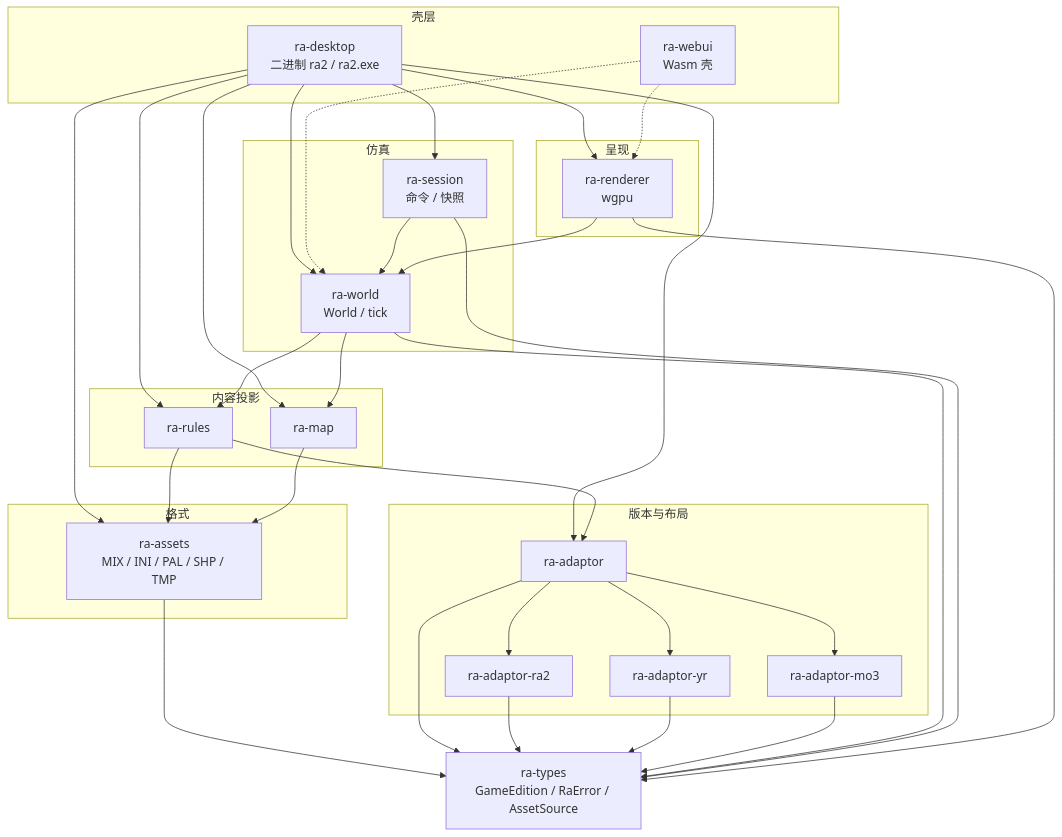
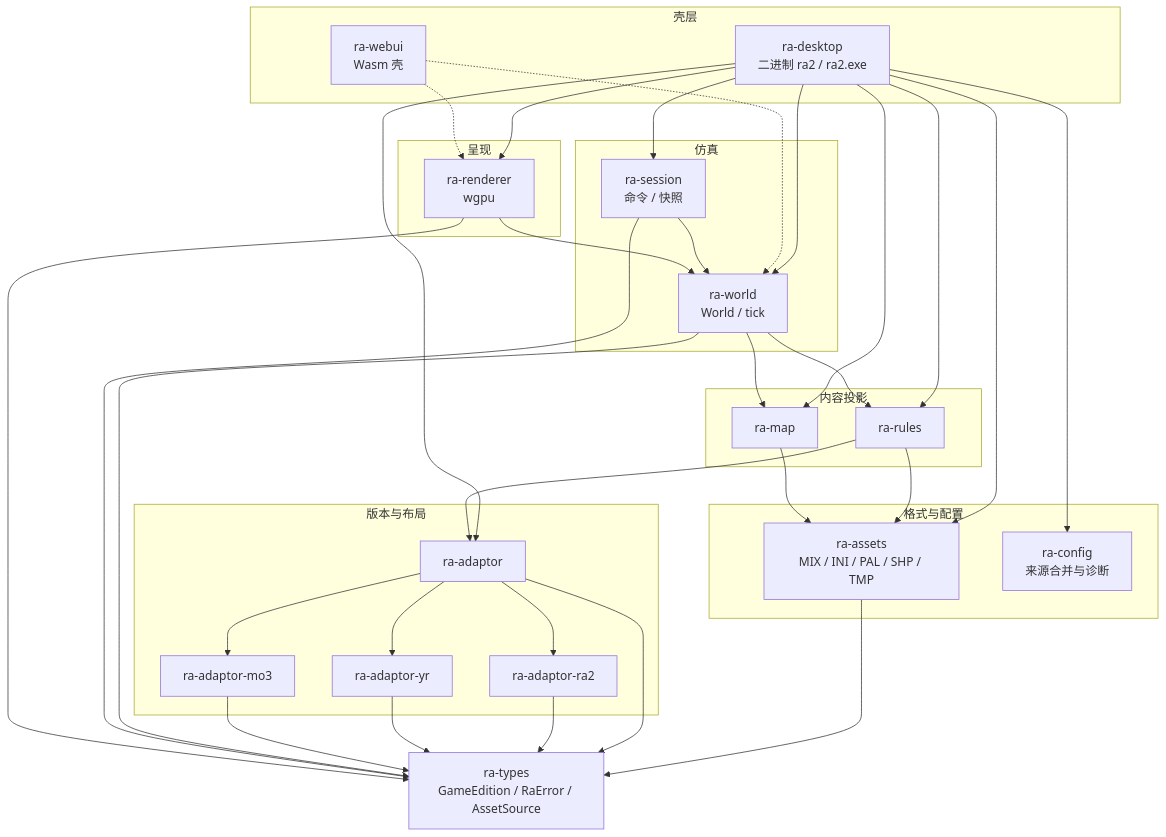
Before and after one commit to rust-alert/ra2.exe: the first of 2 diagrams in readme.md, drawn with Mermaid. The commit also changed other lines of this file and 9 other files, not shown here.

First line of the commit message:
✨ Add `ra-config` and route desktop settings through it

````diff
--- a/readme.md
+++ b/readme.md
@@ -17,61 +17,63 @@
 ```mermaid
 flowchart TB
     subgraph shells["壳层"]
         desktop["ra-desktop<br/>二进制 ra2 / ra2.exe"]
         webui["ra-webui<br/>Wasm 壳"]
     end
 
     subgraph present["呈现"]
         renderer["ra-renderer<br/>wgpu"]
     end
 
     subgraph sim["仿真"]
         world["ra-world<br/>World / tick"]
         session["ra-session<br/>命令 / 快照"]
     end
 
     subgraph content["内容投影"]
         rules["ra-rules"]
         map["ra-map"]
     end
 
-    subgraph formats["格式"]
+    subgraph formats["格式与配置"]
         assets["ra-assets<br/>MIX / INI / PAL / SHP / TMP"]
+        config["ra-config<br/>来源合并与诊断"]
     end
 
     subgraph adapt["版本与布局"]
         adaptor["ra-adaptor"]
         ra2tbl["ra-adaptor-ra2"]
         yrtbl["ra-adaptor-yr"]
         mo3["ra-adaptor-mo3"]
     end
 
     types["ra-types<br/>GameEdition / RaError / AssetSource"]
+    desktop --> config
     desktop --> renderer
     desktop --> session
     desktop --> world
     desktop --> rules
     desktop --> map
     desktop --> assets
     desktop --> adaptor
     webui -.-> renderer
     webui -.-> world
     session --> world
     renderer --> world
     world --> rules
     world --> map
     rules --> adaptor
     rules --> assets
     map --> assets
     adaptor --> ra2tbl
     adaptor --> yrtbl
     adaptor --> mo3
     assets --> types
     adaptor --> types
     ra2tbl --> types
     yrtbl --> types
     mo3 --> types
     world --> types
     session --> types
     renderer --> types
 ```
````
